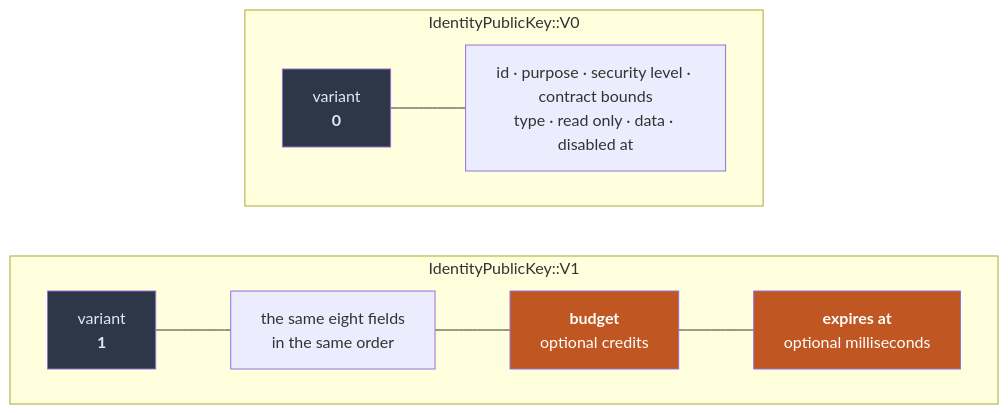
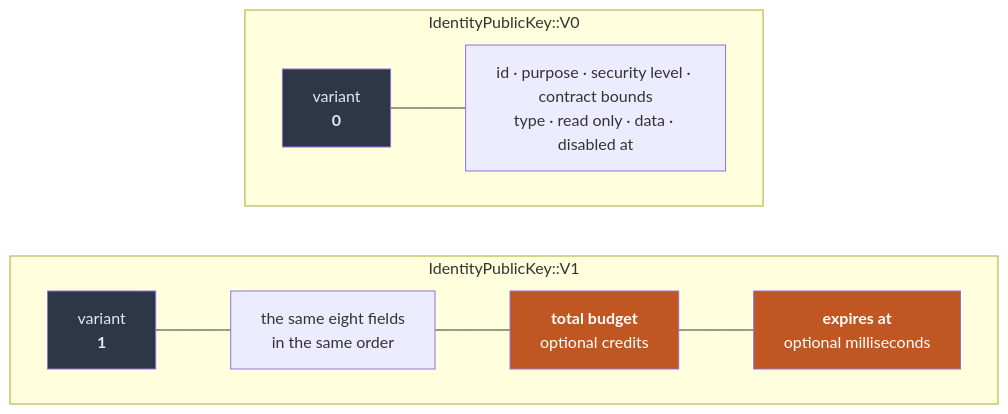
The second of 7 diagrams in book/src/data-model/key-limits.md (dashpay/platform), drawn with Mermaid before and after one commit. The commit also changed other lines of this file and 16 other files, not shown here.

First line of the commit message:
refactor(platform): name the key's budget field total_budget

````diff
--- a/book/src/data-model/key-limits.md
+++ b/book/src/data-model/key-limits.md
@@ -58,16 +60,16 @@
 ```mermaid
 flowchart TB
     subgraph V0["IdentityPublicKey::V0"]
         direction LR
         a0["variant<br/><b>0</b>"] --- a1["id · purpose · security level · contract bounds<br/>type · read only · data · disabled at"]
     end
     subgraph V1["IdentityPublicKey::V1"]
         direction LR
-        b0["variant<br/><b>1</b>"] --- b1["the same eight fields<br/>in the same order"] --- b9["<b>budget</b><br/>optional credits"] --- b10["<b>expires at</b><br/>optional milliseconds"]
+        b0["variant<br/><b>1</b>"] --- b1["the same eight fields<br/>in the same order"] --- b9["<b>total budget</b><br/>optional credits"] --- b10["<b>expires at</b><br/>optional milliseconds"]
     end
     V0 ~~~ V1
     style a0 fill:#2d3748,color:#e2e8f0
     style b0 fill:#2d3748,color:#e2e8f0
     style b9 fill:#c05621,color:#fff
     style b10 fill:#c05621,color:#fff
 ```
````
